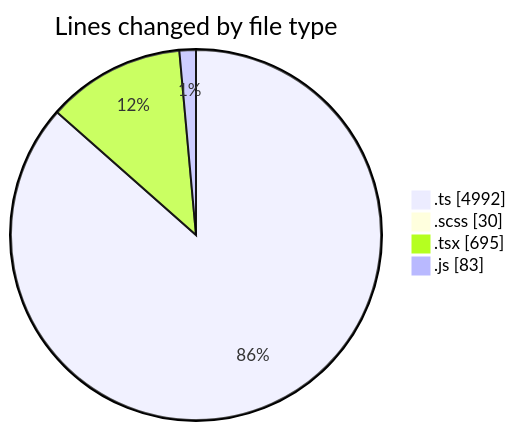
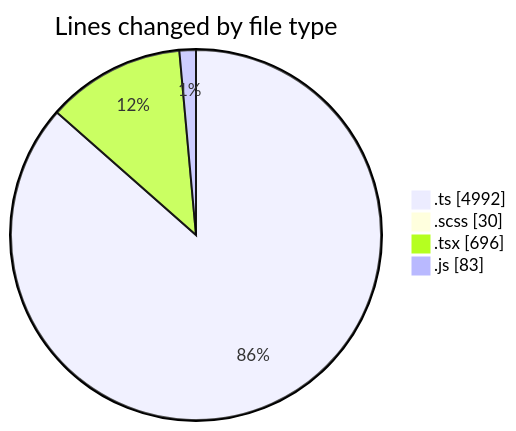
Before and after one commit to momahboobian/code-tracking: the first of 2 diagrams in 2025-09-12/cda/README.md, drawn with Mermaid. The commit also changed other lines of this file and 1 other file, not shown here.

````diff
--- a/2025-09-12/cda/README.md
+++ b/2025-09-12/cda/README.md
@@ -30,8 +30,8 @@
 ```mermaid
 pie showData
 title Lines changed by file type
 ".ts" : 4992
 ".scss" : 30
-".tsx" : 695
+".tsx" : 696
 ".js" : 83
 ```
````
